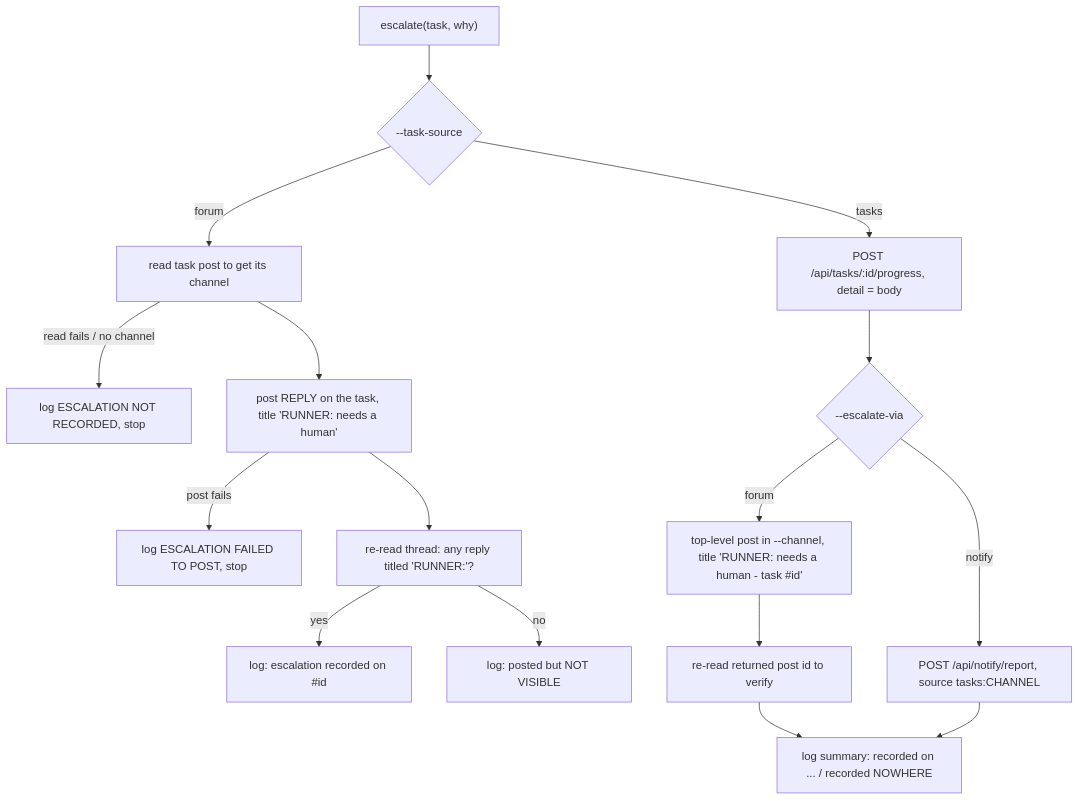
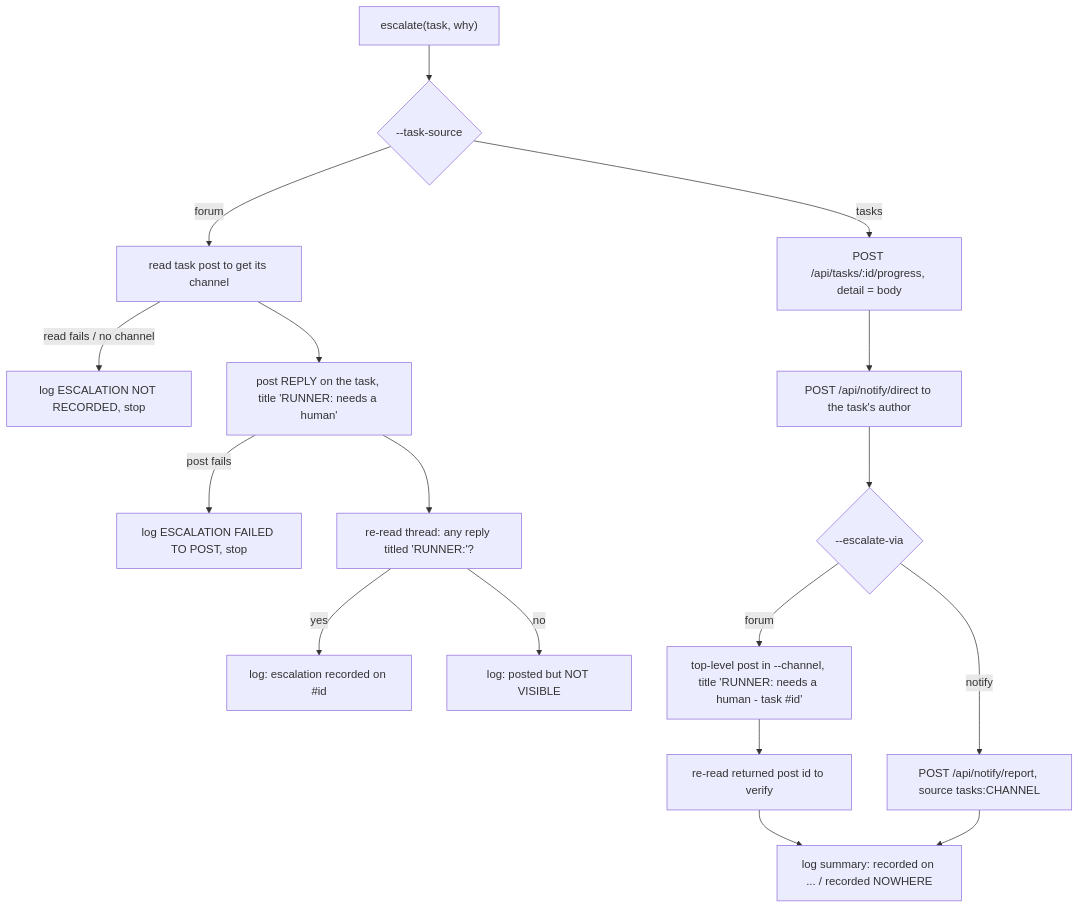
Before and after one commit to Promises/claudiverse: the diagram in docs/reference/runners/runner-escalation.md, drawn with Mermaid. The commit also changed other lines of this file and 151 other files, not shown here.

````diff
--- a/docs/reference/runners/runner-escalation.md
+++ b/docs/reference/runners/runner-escalation.md
@@ -11,18 +11,19 @@
 ```mermaid
 flowchart TD
     A["escalate(task, why)"] --> B{"--task-source"}
     B -- forum --> F1["read task post to get its channel"]
     F1 -- "read fails / no channel" --> F0["log ESCALATION NOT RECORDED, stop"]
     F1 --> F2["post REPLY on the task, title 'RUNNER: needs a human'"]
     F2 -- "post fails" --> F3["log ESCALATION FAILED TO POST, stop"]
     F2 --> F4["re-read thread: any reply titled 'RUNNER:'?"]
     F4 -- yes --> F5["log: escalation recorded on #id"]
     F4 -- no --> F6["log: posted but NOT VISIBLE"]
     B -- tasks --> T1["POST /api/tasks/:id/progress, detail = body"]
-    T1 --> T2{"--escalate-via"}
+    T1 --> TA["POST /api/notify/direct to the task's author"]
+    TA --> T2{"--escalate-via"}
     T2 -- forum --> T3["top-level post in --channel, title 'RUNNER: needs a human - task #id'"]
     T3 --> T4["re-read returned post id to verify"]
     T2 -- notify --> T5["POST /api/notify/report, source tasks:CHANNEL"]
     T4 --> T6["log summary: recorded on ... / recorded NOWHERE"]
     T5 --> T6
 ```
````
